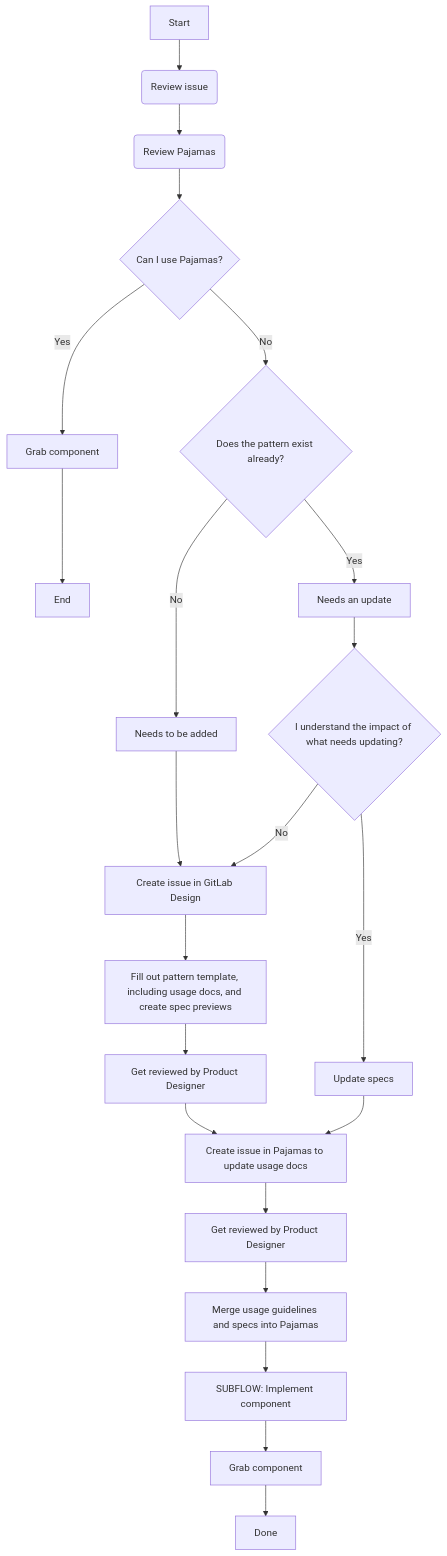
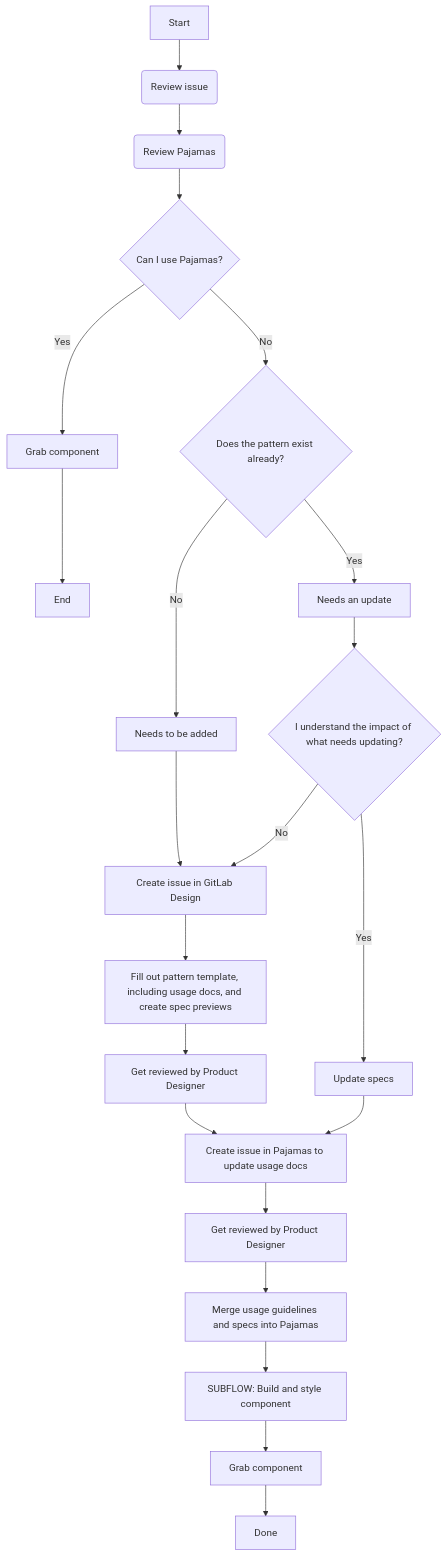
The diagram in doc/component-lifecycle.md (khulnasoft-lab/design.khulnasoft.com), drawn with Mermaid before and after one commit. The commit also changed other lines of this file, not shown here.

````diff
--- a/doc/component-lifecycle.md
+++ b/doc/component-lifecycle.md
@@ -46,28 +46,28 @@
 ```mermaid
 graph TD;
 A[Start] -->B(Review issue)
 B--> C(Review Pajamas)
 click C "https://design.gitlab.com"
 C-->D{Can I use Pajamas?}
 D -->|Yes| E[Grab component]
 E --> F[End]
 D -->|No| G{Does the pattern exist already?}
 G-->|No| H[Needs to be added]
 H-->I[Create issue in GitLab Design]
 click I "https://gitlab.com/gitlab-org/gitlab-design/issues/new"
 I-->J[Fill out pattern template, including usage docs, and create spec previews]
 J-->K[Get reviewed by Product Designer]
 K-->L[Create issue in Pajamas to update usage docs]
 click L "https://gitlab.com/gitlab-org/gitlab-services/design.gitlab.com/issues/new"
 L-->M[Get reviewed by Product Designer]
 M-->N[Merge usage guidelines and specs into Pajamas]
-N-->O[SUBFLOW: Implement component]
+N-->O[SUBFLOW: Build and style component]
 click O "https://gitlab.com/gitlab-org/gitlab-ui/blob/master/doc/component-lifecycle.md"
 O-->P[Grab component]
 P-->Q[Done]
 G-->|Yes| R[Needs an update]
 R-->S{I understand the impact of what needs updating?}
 S-->|Yes| T[Update specs]
 T-->L
 S-->|No| I
 ```
````
